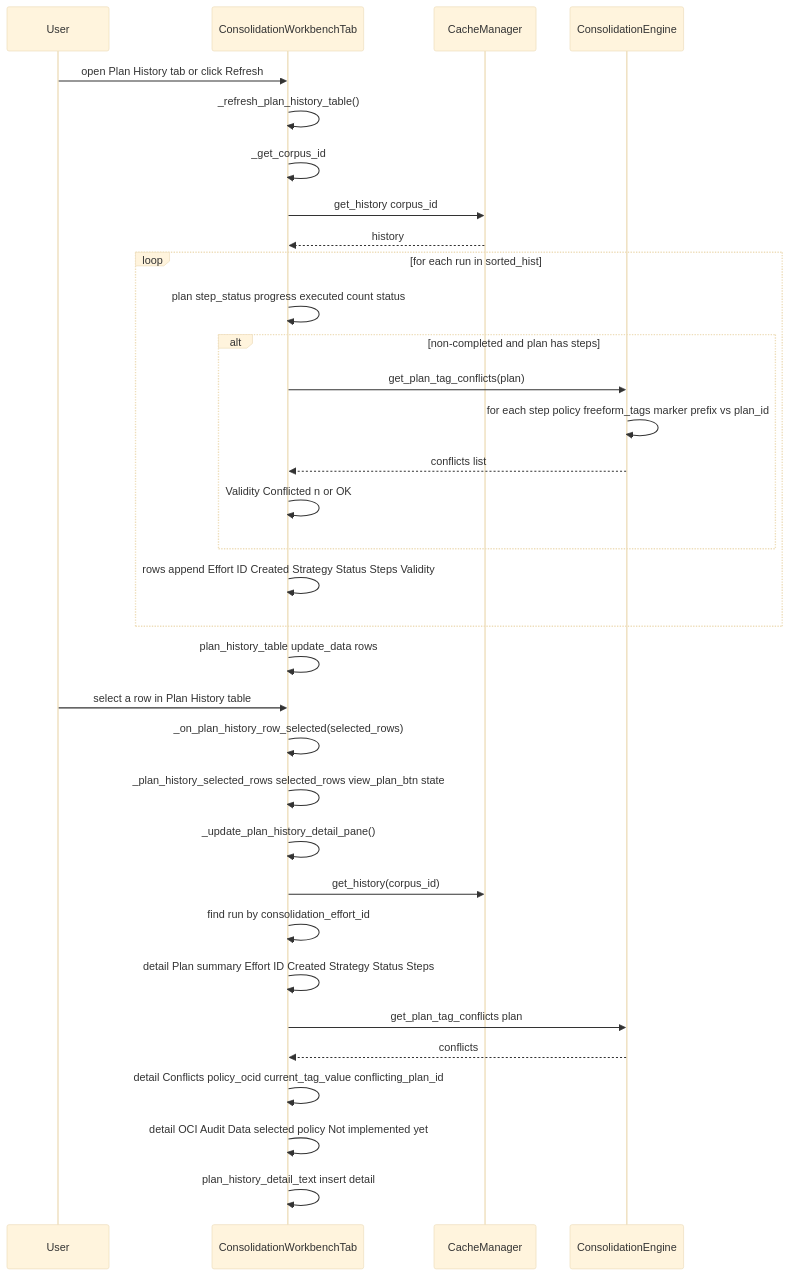
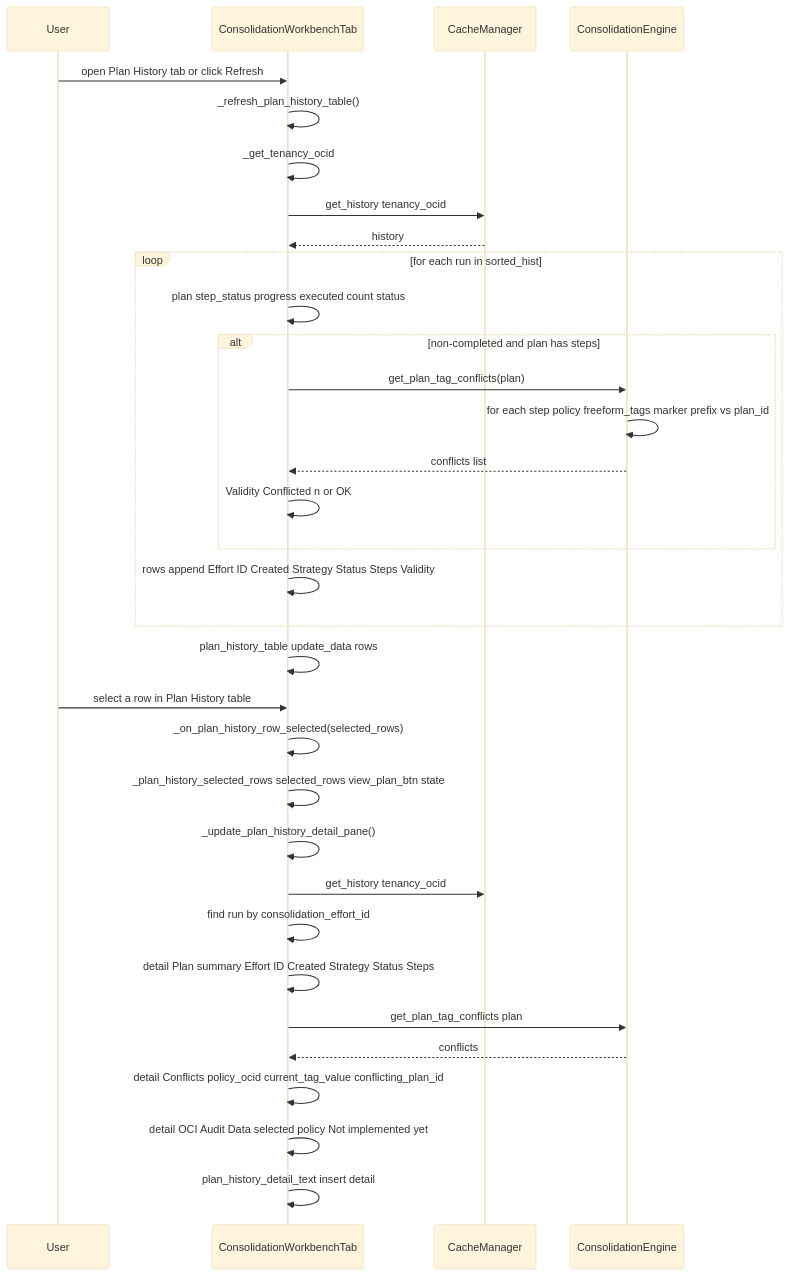
Before and after one commit to agregory999/oci-policy-analysis: the tenth of 10 diagrams in docs/context/project/CONTEXT_policy_consolidation.md, drawn with Mermaid (base theme). The commit also changed other lines of this file and 21 other files, not shown here.

````diff
--- a/docs/context/project/CONTEXT_policy_consolidation.md
+++ b/docs/context/project/CONTEXT_policy_consolidation.md
@@ -392,37 +393,37 @@
 ```mermaid
 sequenceDiagram
     participant User
     participant Workbench as ConsolidationWorkbenchTab
     participant Cache as CacheManager
     participant Engine as ConsolidationEngine
 
     User->>Workbench: open Plan History tab or click Refresh
     Workbench->>Workbench: _refresh_plan_history_table()
-    Workbench->>Workbench: _get_corpus_id
-    Workbench->>Cache: get_history corpus_id
+    Workbench->>Workbench: _get_tenancy_ocid
+    Workbench->>Cache: get_history tenancy_ocid
     Cache-->>Workbench: history
     loop for each run in sorted_hist
         Workbench->>Workbench: plan step_status progress executed count status
         alt non-completed and plan has steps
             Workbench->>Engine: get_plan_tag_conflicts(plan)
             Engine->>Engine: for each step policy freeform_tags marker prefix vs plan_id
             Engine-->>Workbench: conflicts list
             Workbench->>Workbench: Validity Conflicted n or OK
         end
         Workbench->>Workbench: rows append Effort ID Created Strategy Status Steps Validity
     end
     Workbench->>Workbench: plan_history_table update_data rows
 
     User->>Workbench: select a row in Plan History table
     Workbench->>Workbench: _on_plan_history_row_selected(selected_rows)
     Workbench->>Workbench: _plan_history_selected_rows selected_rows view_plan_btn state
     Workbench->>Workbench: _update_plan_history_detail_pane()
-    Workbench->>Cache: get_history(corpus_id)
+    Workbench->>Cache: get_history tenancy_ocid
     Workbench->>Workbench: find run by consolidation_effort_id
     Workbench->>Workbench: detail Plan summary Effort ID Created Strategy Status Steps
     Workbench->>Engine: get_plan_tag_conflicts plan
     Engine-->>Workbench: conflicts
     Workbench->>Workbench: detail Conflicts policy_ocid current_tag_value conflicting_plan_id
     Workbench->>Workbench: detail OCI Audit Data selected policy Not implemented yet
     Workbench->>Workbench: plan_history_detail_text insert detail
 ```
````
